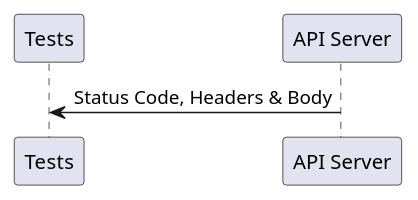
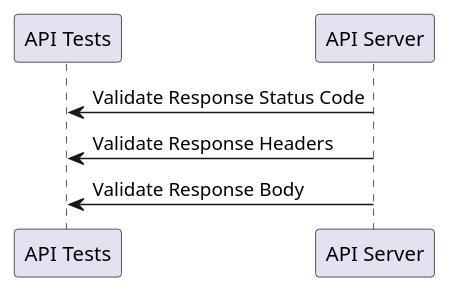
The diagram in response-validation.md (pactumjs/pactumjs.github.io), drawn with PlantUML before and after one commit. The commit also changed other lines of this file and 7 other files, not shown here.

````diff
--- a/response-validation.md
+++ b/response-validation.md
@@ -5,7 +5,9 @@
 ```plantuml
 @startuml
 
-Tests <- "API Server": Status Code, Headers & Body
+"API Tests" <- "API Server": Validate Response Status Code
+"API Tests" <- "API Server": Validate Response Headers
+"API Tests" <- "API Server": Validate Response Body
 
 @enduml
 ```
````
